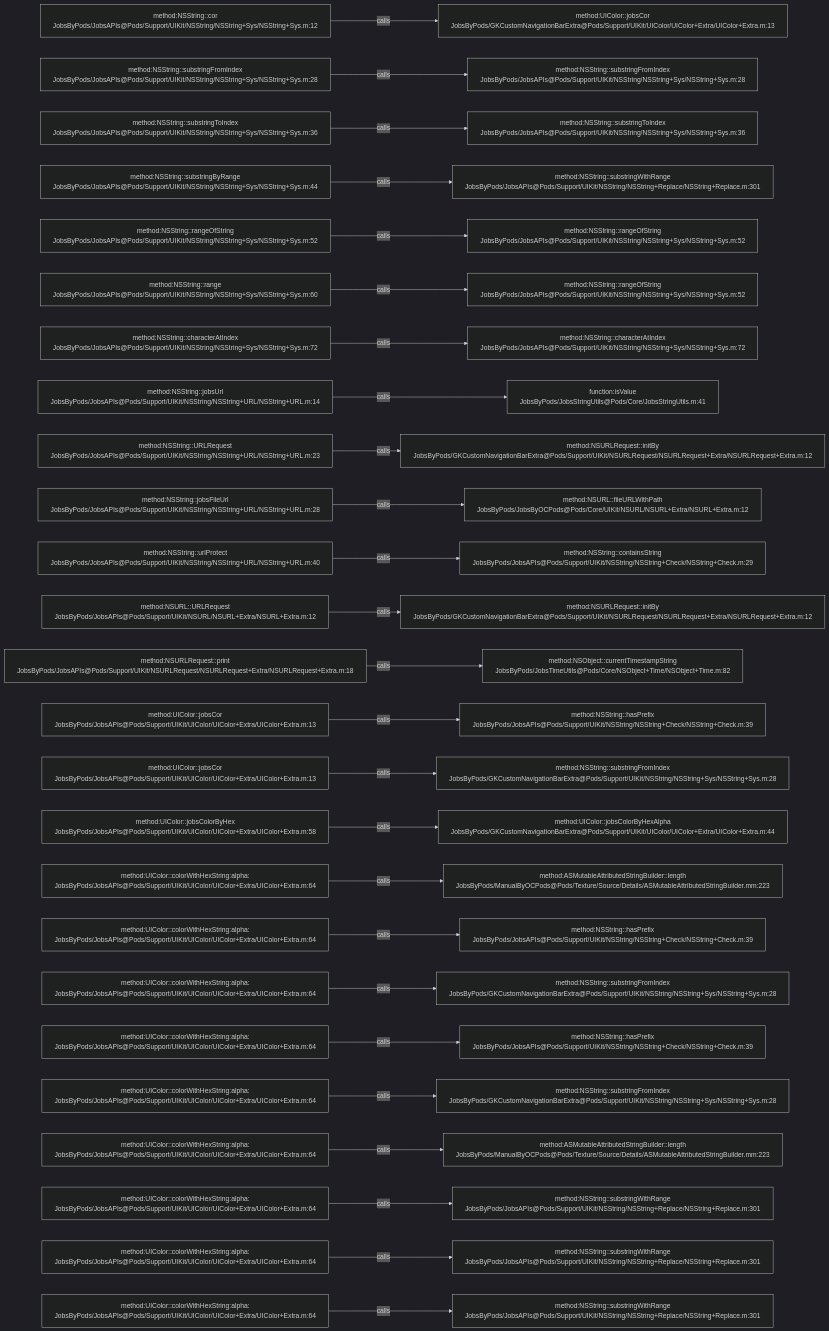
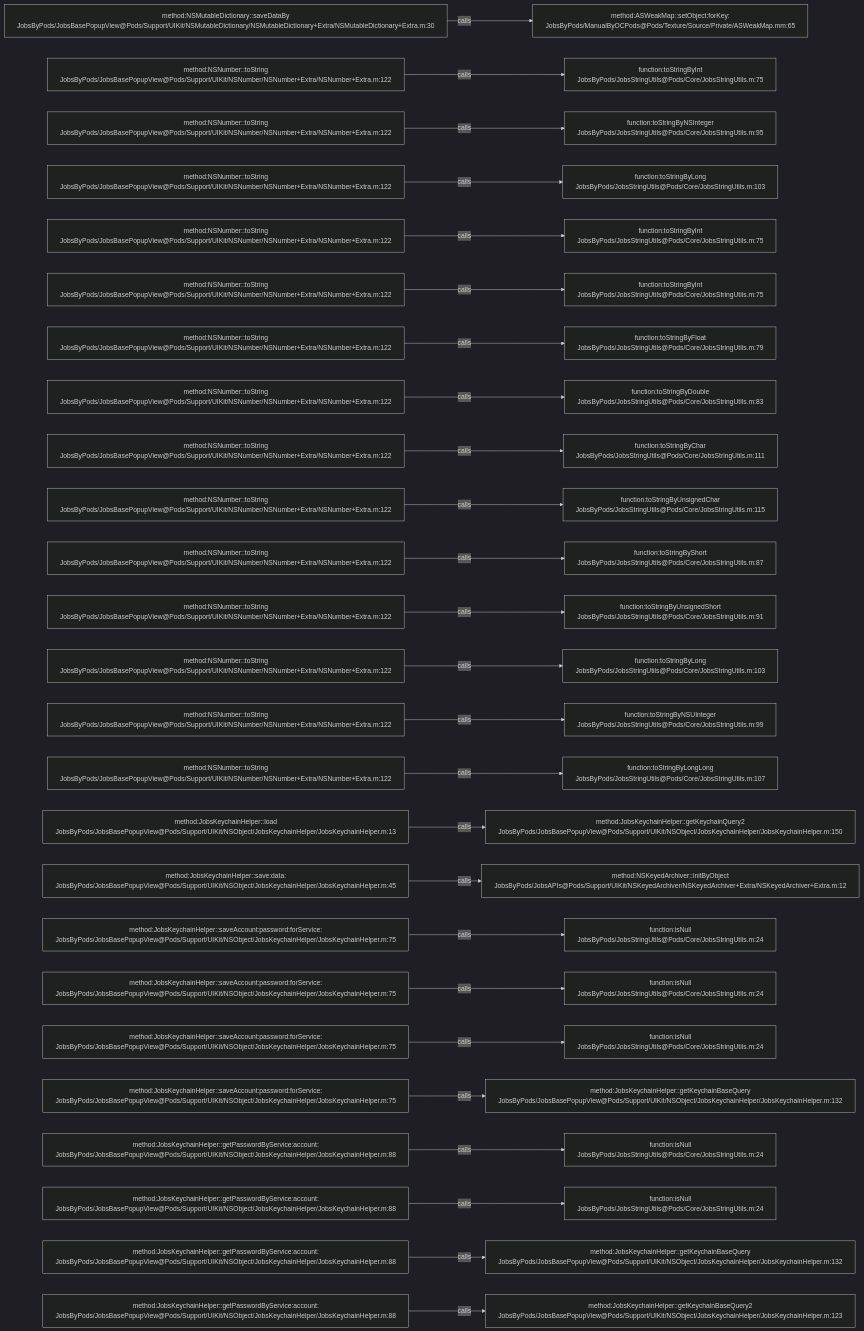
Before and after one commit to JobsKits/JobsOCBaseConfigDemo: the diagram in .codegraph/codegraph.md/graphs/calls-018.md, drawn with Mermaid (dark theme). The commit also changed 1026 other files, not shown here.

````diff
--- a/.codegraph/codegraph.md/graphs/calls-018.md
+++ b/.codegraph/codegraph.md/graphs/calls-018.md
@@ -13,78 +13,78 @@
 ```mermaid
 flowchart LR
-  S1["method:NSString::cor<br/>JobsByPods/JobsAPIs@Pods/Support/UIKit/NSString/NSString+Sys/NSString+Sys.m:12"]
-  T1["method:UIColor::jobsCor<br/>JobsByPods/GKCustomNavigationBarExtra@Pods/Support/UIKit/UIColor/UIColor+Extra/UIColor+Extra.m:13"]
+  S1["method:NSMutableDictionary::saveDataBy<br/>JobsByPods/JobsBasePopupView@Pods/Support/UIKit/NSMutableDictionary/NSMutableDictionary+Extra/NSMutableDictionary+Extra.m:30"]
+  T1["method:ASWeakMap::setObject:forKey:<br/>JobsByPods/ManualByOCPods@Pods/Texture/Source/Private/ASWeakMap.mm:65"]
   S1 -->|calls| T1
-  S2["method:NSString::substringFromIndex<br/>JobsByPods/JobsAPIs@Pods/Support/UIKit/NSString/NSString+Sys/NSString+Sys.m:28"]
-  T2["method:NSString::substringFromIndex<br/>JobsByPods/JobsAPIs@Pods/Support/UIKit/NSString/NSString+Sys/NSString+Sys.m:28"]
+  S2["method:NSNumber::toString<br/>JobsByPods/JobsBasePopupView@Pods/Support/UIKit/NSNumber/NSNumber+Extra/NSNumber+Extra.m:122"]
+  T2["function:toStringByInt<br/>JobsByPods/JobsStringUtils@Pods/Core/JobsStringUtils.m:75"]
   S2 -->|calls| T2
-  S3["method:NSString::substringToIndex<br/>JobsByPods/JobsAPIs@Pods/Support/UIKit/NSString/NSString+Sys/NSString+Sys.m:36"]
-  T3["method:NSString::substringToIndex<br/>JobsByPods/JobsAPIs@Pods/Support/UIKit/NSString/NSString+Sys/NSString+Sys.m:36"]
+  S3["method:NSNumber::toString<br/>JobsByPods/JobsBasePopupView@Pods/Support/UIKit/NSNumber/NSNumber+Extra/NSNumber+Extra.m:122"]
+  T3["function:toStringByNSInteger<br/>JobsByPods/JobsStringUtils@Pods/Core/JobsStringUtils.m:95"]
   S3 -->|calls| T3
-  S4["method:NSString::substringByRange<br/>JobsByPods/JobsAPIs@Pods/Support/UIKit/NSString/NSString+Sys/NSString+Sys.m:44"]
-  T4["method:NSString::substringWithRange<br/>JobsByPods/JobsAPIs@Pods/Support/UIKit/NSString/NSString+Replace/NSString+Replace.m:301"]
+  S4["method:NSNumber::toString<br/>JobsByPods/JobsBasePopupView@Pods/Support/UIKit/NSNumber/NSNumber+Extra/NSNumber+Extra.m:122"]
+  T4["function:toStringByLong<br/>JobsByPods/JobsStringUtils@Pods/Core/JobsStringUtils.m:103"]
   S4 -->|calls| T4
-  S5["method:NSString::rangeOfString<br/>JobsByPods/JobsAPIs@Pods/Support/UIKit/NSString/NSString+Sys/NSString+Sys.m:52"]
-  T5["method:NSString::rangeOfString<br/>JobsByPods/JobsAPIs@Pods/Support/UIKit/NSString/NSString+Sys/NSString+Sys.m:52"]
+  S5["method:NSNumber::toString<br/>JobsByPods/JobsBasePopupView@Pods/Support/UIKit/NSNumber/NSNumber+Extra/NSNumber+Extra.m:122"]
+  T5["function:toStringByInt<br/>JobsByPods/JobsStringUtils@Pods/Core/JobsStringUtils.m:75"]
   S5 -->|calls| T5
-  S6["method:NSString::range<br/>JobsByPods/JobsAPIs@Pods/Support/UIKit/NSString/NSString+Sys/NSString+Sys.m:60"]
-  T6["method:NSString::rangeOfString<br/>JobsByPods/JobsAPIs@Pods/Support/UIKit/NSString/NSString+Sys/NSString+Sys.m:52"]
+  S6["method:NSNumber::toString<br/>JobsByPods/JobsBasePopupView@Pods/Support/UIKit/NSNumber/NSNumber+Extra/NSNumber+Extra.m:122"]
+  T6["function:toStringByInt<br/>JobsByPods/JobsStringUtils@Pods/Core/JobsStringUtils.m:75"]
   S6 -->|calls| T6
-  S7["method:NSString::characterAtIndex<br/>JobsByPods/JobsAPIs@Pods/Support/UIKit/NSString/NSString+Sys/NSString+Sys.m:72"]
-  T7["method:NSString::characterAtIndex<br/>JobsByPods/JobsAPIs@Pods/Support/UIKit/NSString/NSString+Sys/NSString+Sys.m:72"]
+  S7["method:NSNumber::toString<br/>JobsByPods/JobsBasePopupView@Pods/Support/UIKit/NSNumber/NSNumber+Extra/NSNumber+Extra.m:122"]
+  T7["function:toStringByFloat<br/>JobsByPods/JobsStringUtils@Pods/Core/JobsStringUtils.m:79"]
   S7 -->|calls| T7
-  S8["method:NSString::jobsUrl<br/>JobsByPods/JobsAPIs@Pods/Support/UIKit/NSString/NSString+URL/NSString+URL.m:14"]
-  T8["function:isValue<br/>JobsByPods/JobsStringUtils@Pods/Core/JobsStringUtils.m:41"]
+  S8["method:NSNumber::toString<br/>JobsByPods/JobsBasePopupView@Pods/Support/UIKit/NSNumber/NSNumber+Extra/NSNumber+Extra.m:122"]
+  T8["function:toStringByDouble<br/>JobsByPods/JobsStringUtils@Pods/Core/JobsStringUtils.m:83"]
   S8 -->|calls| T8
-  S9["method:NSString::URLRequest<br/>JobsByPods/JobsAPIs@Pods/Support/UIKit/NSString/NSString+URL/NSString+URL.m:23"]
-  T9["method:NSURLRequest::initBy<br/>JobsByPods/GKCustomNavigationBarExtra@Pods/Support/UIKit/NSURLRequest/NSURLRequest+Extra/NSURLRequest+Extra.m:12"]
+  S9["method:NSNumber::toString<br/>JobsByPods/JobsBasePopupView@Pods/Support/UIKit/NSNumber/NSNumber+Extra/NSNumber+Extra.m:122"]
+  T9["function:toStringByChar<br/>JobsByPods/JobsStringUtils@Pods/Core/JobsStringUtils.m:111"]
   S9 -->|calls| T9
-  S10["method:NSString::jobsFileUrl<br/>JobsByPods/JobsAPIs@Pods/Support/UIKit/NSString/NSString+URL/NSString+URL.m:28"]
-  T10["method:NSURL::fileURLWithPath<br/>JobsByPods/JobsByOCPods@Pods/Core/UIKit/NSURL/NSURL+Extra/NSURL+Extra.m:12"]
+  S10["method:NSNumber::toString<br/>JobsByPods/JobsBasePopupView@Pods/Support/UIKit/NSNumber/NSNumber+Extra/NSNumber+Extra.m:122"]
+  T10["function:toStringByUnsignedChar<br/>JobsByPods/JobsStringUtils@Pods/Core/JobsStringUtils.m:115"]
   S10 -->|calls| T10
-  S11["method:NSString::urlProtect<br/>JobsByPods/JobsAPIs@Pods/Support/UIKit/NSString/NSString+URL/NSString+URL.m:40"]
-  T11["method:NSString::containsString<br/>JobsByPods/JobsAPIs@Pods/Support/UIKit/NSString/NSString+Check/NSString+Check.m:29"]
+  S11["method:NSNumber::toString<br/>JobsByPods/JobsBasePopupView@Pods/Support/UIKit/NSNumber/NSNumber+Extra/NSNumber+Extra.m:122"]
+  T11["function:toStringByShort<br/>JobsByPods/JobsStringUtils@Pods/Core/JobsStringUtils.m:87"]
   S11 -->|calls| T11
-  S12["method:NSURL::URLRequest<br/>JobsByPods/JobsAPIs@Pods/Support/UIKit/NSURL/NSURL+Extra/NSURL+Extra.m:12"]
-  T12["method:NSURLRequest::initBy<br/>JobsByPods/GKCustomNavigationBarExtra@Pods/Support/UIKit/NSURLRequest/NSURLRequest+Extra/NSURLRequest+Extra.m:12"]
+  S12["method:NSNumber::toString<br/>JobsByPods/JobsBasePopupView@Pods/Support/UIKit/NSNumber/NSNumber+Extra/NSNumber+Extra.m:122"]
+  T12["function:toStringByUnsignedShort<br/>JobsByPods/JobsStringUtils@Pods/Core/JobsStringUtils.m:91"]
   S12 -->|calls| T12
-  S13["method:NSURLRequest::print<br/>JobsByPods/JobsAPIs@Pods/Support/UIKit/NSURLRequest/NSURLRequest+Extra/NSURLRequest+Extra.m:18"]
-  T13["method:NSObject::currentTimestampString<br/>JobsByPods/JobsTimeUtils@Pods/Core/NSObject+Time/NSObject+Time.m:82"]
+  S13["method:NSNumber::toString<br/>JobsByPods/JobsBasePopupView@Pods/Support/UIKit/NSNumber/NSNumber+Extra/NSNumber+Extra.m:122"]
+  T13["function:toStringByLong<br/>JobsByPods/JobsStringUtils@Pods/Core/JobsStringUtils.m:103"]
   S13 -->|calls| T13
-  S14["method:UIColor::jobsCor<br/>JobsByPods/JobsAPIs@Pods/Support/UIKit/UIColor/UIColor+Extra/UIColor+Extra.m:13"]
-  T14["method:NSString::hasPrefix<br/>JobsByPods/JobsAPIs@Pods/Support/UIKit/NSString/NSString+Check/NSString+Check.m:39"]
+  S14["method:NSNumber::toString<br/>JobsByPods/JobsBasePopupView@Pods/Support/UIKit/NSNumber/NSNumber+Extra/NSNumber+Extra.m:122"]
+  T14["function:toStringByNSUInteger<br/>JobsByPods/JobsStringUtils@Pods/Core/JobsStringUtils.m:99"]
   S14 -->|calls| T14
-  S15["method:UIColor::jobsCor<br/>JobsByPods/JobsAPIs@Pods/Support/UIKit/UIColor/UIColor+Extra/UIColor+Extra.m:13"]
-  T15["method:NSString::substringFromIndex<br/>JobsByPods/GKCustomNavigationBarExtra@Pods/Support/UIKit/NSString/NSString+Sys/NSString+Sys.m:28"]
+  S15["method:NSNumber::toString<br/>JobsByPods/JobsBasePopupView@Pods/Support/UIKit/NSNumber/NSNumber+Extra/NSNumber+Extra.m:122"]
+  T15["function:toStringByLongLong<br/>JobsByPods/JobsStringUtils@Pods/Core/JobsStringUtils.m:107"]
   S15 -->|calls| T15
-  S16["method:UIColor::jobsColorByHex<br/>JobsByPods/JobsAPIs@Pods/Support/UIKit/UIColor/UIColor+Extra/UIColor+Extra.m:58"]
-  T16["method:UIColor::jobsColorByHexAlpha<br/>JobsByPods/GKCustomNavigationBarExtra@Pods/Support/UIKit/UIColor/UIColor+Extra/UIColor+Extra.m:44"]
+  S16["method:JobsKeychainHelper::load<br/>JobsByPods/JobsBasePopupView@Pods/Support/UIKit/NSObject/JobsKeychainHelper/JobsKeychainHelper.m:13"]
+  T16["method:JobsKeychainHelper::getKeychainQuery2<br/>JobsByPods/JobsBasePopupView@Pods/Support/UIKit/NSObject/JobsKeychainHelper/JobsKeychainHelper.m:150"]
   S16 -->|calls| T16
-  S17["method:UIColor::colorWithHexString:alpha:<br/>JobsByPods/JobsAPIs@Pods/Support/UIKit/UIColor/UIColor+Extra/UIColor+Extra.m:64"]
-  T17["method:ASMutableAttributedStringBuilder::length<br/>JobsByPods/ManualByOCPods@Pods/Texture/Source/Details/ASMutableAttributedStringBuilder.mm:223"]
+  S17["method:JobsKeychainHelper::save:data:<br/>JobsByPods/JobsBasePopupView@Pods/Support/UIKit/NSObject/JobsKeychainHelper/JobsKeychainHelper.m:45"]
+  T17["method:NSKeyedArchiver::initByObject<br/>JobsByPods/JobsAPIs@Pods/Support/UIKit/NSKeyedArchiver/NSKeyedArchiver+Extra/NSKeyedArchiver+Extra.m:12"]
   S17 -->|calls| T17
-  S18["method:UIColor::colorWithHexString:alpha:<br/>JobsByPods/JobsAPIs@Pods/Support/UIKit/UIColor/UIColor+Extra/UIColor+Extra.m:64"]
-  T18["method:NSString::hasPrefix<br/>JobsByPods/JobsAPIs@Pods/Support/UIKit/NSString/NSString+Check/NSString+Check.m:39"]
+  S18["method:JobsKeychainHelper::saveAccount:password:forService:<br/>JobsByPods/JobsBasePopupView@Pods/Support/UIKit/NSObject/JobsKeychainHelper/JobsKeychainHelper.m:75"]
+  T18["function:isNull<br/>JobsByPods/JobsStringUtils@Pods/Core/JobsStringUtils.m:24"]
   S18 -->|calls| T18
-  S19["method:UIColor::colorWithHexString:alpha:<br/>JobsByPods/JobsAPIs@Pods/Support/UIKit/UIColor/UIColor+Extra/UIColor+Extra.m:64"]
-  T19["method:NSString::substringFromIndex<br/>JobsByPods/GKCustomNavigationBarExtra@Pods/Support/UIKit/NSString/NSString+Sys/NSString+Sys.m:28"]
+  S19["method:JobsKeychainHelper::saveAccount:password:forService:<br/>JobsByPods/JobsBasePopupView@Pods/Support/UIKit/NSObject/JobsKeychainHelper/JobsKeychainHelper.m:75"]
+  T19["function:isNull<br/>JobsByPods/JobsStringUtils@Pods/Core/JobsStringUtils.m:24"]
   S19 -->|calls| T19
-  S20["method:UIColor::colorWithHexString:alpha:<br/>JobsByPods/JobsAPIs@Pods/Support/UIKit/UIColor/UIColor+Extra/UIColor+Extra.m:64"]
-  T20["method:NSString::hasPrefix<br/>JobsByPods/JobsAPIs@Pods/Support/UIKit/NSString/NSString+Check/NSString+Check.m:39"]
+  S20["method:JobsKeychainHelper::saveAccount:password:forService:<br/>JobsByPods/JobsBasePopupView@Pods/Support/UIKit/NSObject/JobsKeychainHelper/JobsKeychainHelper.m:75"]
+  T20["function:isNull<br/>JobsByPods/JobsStringUtils@Pods/Core/JobsStringUtils.m:24"]
   S20 -->|calls| T20
-  S21["method:UIColor::colorWithHexString:alpha:<br/>JobsByPods/JobsAPIs@Pods/Support/UIKit/UIColor/UIColor+Extra/UIColor+Extra.m:64"]
-  T21["method:NSString::substringFromIndex<br/>JobsByPods/GKCustomNavigationBarExtra@Pods/Support/UIKit/NSString/NSString+Sys/NSString+Sys.m:28"]
+  S21["method:JobsKeychainHelper::saveAccount:password:forService:<br/>JobsByPods/JobsBasePopupView@Pods/Support/UIKit/NSObject/JobsKeychainHelper/JobsKeychainHelper.m:75"]
+  T21["method:JobsKeychainHelper::getKeychainBaseQuery<br/>JobsByPods/JobsBasePopupView@Pods/Support/UIKit/NSObject/JobsKeychainHelper/JobsKeychainHelper.m:132"]
   S21 -->|calls| T21
-  S22["method:UIColor::colorWithHexString:alpha:<br/>JobsByPods/JobsAPIs@Pods/Support/UIKit/UIColor/UIColor+Extra/UIColor+Extra.m:64"]
-  T22["method:ASMutableAttributedStringBuilder::length<br/>JobsByPods/ManualByOCPods@Pods/Texture/Source/Details/ASMutableAttributedStringBuilder.mm:223"]
+  S22["method:JobsKeychainHelper::getPasswordByService:account:<br/>JobsByPods/JobsBasePopupView@Pods/Support/UIKit/NSObject/JobsKeychainHelper/JobsKeychainHelper.m:88"]
+  T22["function:isNull<br/>JobsByPods/JobsStringUtils@Pods/Core/JobsStringUtils.m:24"]
   S22 -->|calls| T22
-  S23["method:UIColor::colorWithHexString:alpha:<br/>JobsByPods/JobsAPIs@Pods/Support/UIKit/UIColor/UIColor+Extra/UIColor+Extra.m:64"]
-  T23["method:NSString::substringWithRange<br/>JobsByPods/JobsAPIs@Pods/Support/UIKit/NSString/NSString+Replace/NSString+Replace.m:301"]
+  S23["method:JobsKeychainHelper::getPasswordByService:account:<br/>JobsByPods/JobsBasePopupView@Pods/Support/UIKit/NSObject/JobsKeychainHelper/JobsKeychainHelper.m:88"]
+  T23["function:isNull<br/>JobsByPods/JobsStringUtils@Pods/Core/JobsStringUtils.m:24"]
   S23 -->|calls| T23
-  S24["method:UIColor::colorWithHexString:alpha:<br/>JobsByPods/JobsAPIs@Pods/Support/UIKit/UIColor/UIColor+Extra/UIColor+Extra.m:64"]
-  T24["method:NSString::substringWithRange<br/>JobsByPods/JobsAPIs@Pods/Support/UIKit/NSString/NSString+Replace/NSString+Replace.m:301"]
+  S24["method:JobsKeychainHelper::getPasswordByService:account:<br/>JobsByPods/JobsBasePopupView@Pods/Support/UIKit/NSObject/JobsKeychainHelper/JobsKeychainHelper.m:88"]
+  T24["method:JobsKeychainHelper::getKeychainBaseQuery<br/>JobsByPods/JobsBasePopupView@Pods/Support/UIKit/NSObject/JobsKeychainHelper/JobsKeychainHelper.m:132"]
   S24 -->|calls| T24
-  S25["method:UIColor::colorWithHexString:alpha:<br/>JobsByPods/JobsAPIs@Pods/Support/UIKit/UIColor/UIColor+Extra/UIColor+Extra.m:64"]
-  T25["method:NSString::substringWithRange<br/>JobsByPods/JobsAPIs@Pods/Support/UIKit/NSString/NSString+Replace/NSString+Replace.m:301"]
+  S25["method:JobsKeychainHelper::getPasswordByService:account:<br/>JobsByPods/JobsBasePopupView@Pods/Support/UIKit/NSObject/JobsKeychainHelper/JobsKeychainHelper.m:88"]
+  T25["method:JobsKeychainHelper::getKeychainBaseQuery2<br/>JobsByPods/JobsBasePopupView@Pods/Support/UIKit/NSObject/JobsKeychainHelper/JobsKeychainHelper.m:123"]
   S25 -->|calls| T25
 ```
````
